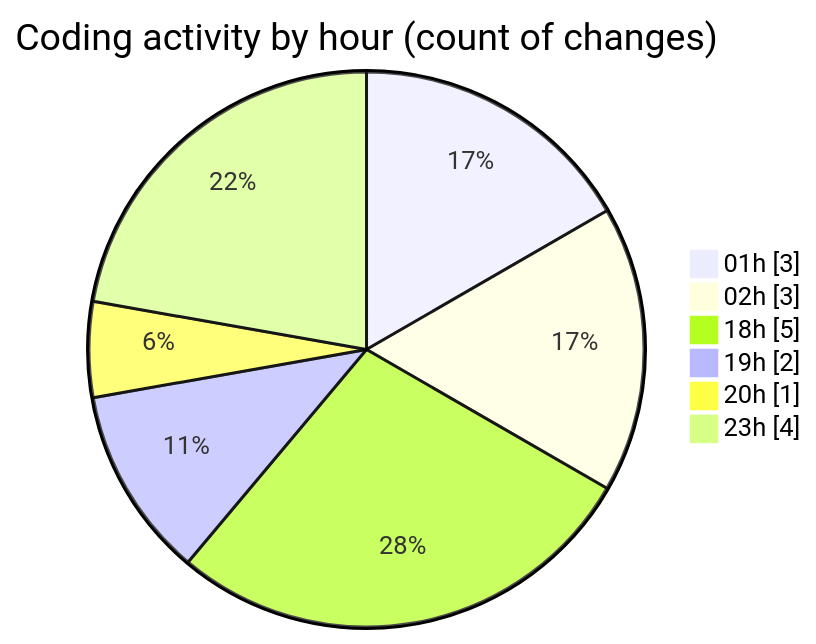
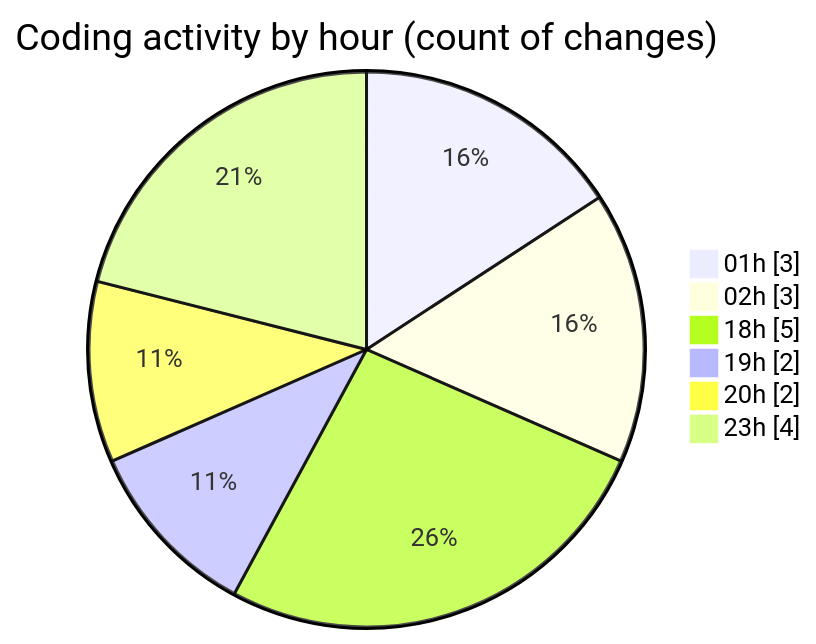
Before and after one commit to lephambinh05/code-tracking: the second of 2 diagrams in 2025-09-08/quanlylink/README.md, drawn with Mermaid. The commit also changed other lines of this file and 1 other file, not shown here.

````diff
--- a/2025-09-08/quanlylink/README.md
+++ b/2025-09-08/quanlylink/README.md
@@ -44,10 +46,10 @@
 ```mermaid
 pie showData
 title Coding activity by hour (count of changes)
 "01h" : 3
 "02h" : 3
 "18h" : 5
 "19h" : 2
-"20h" : 1
+"20h" : 2
 "23h" : 4
 ```
````
